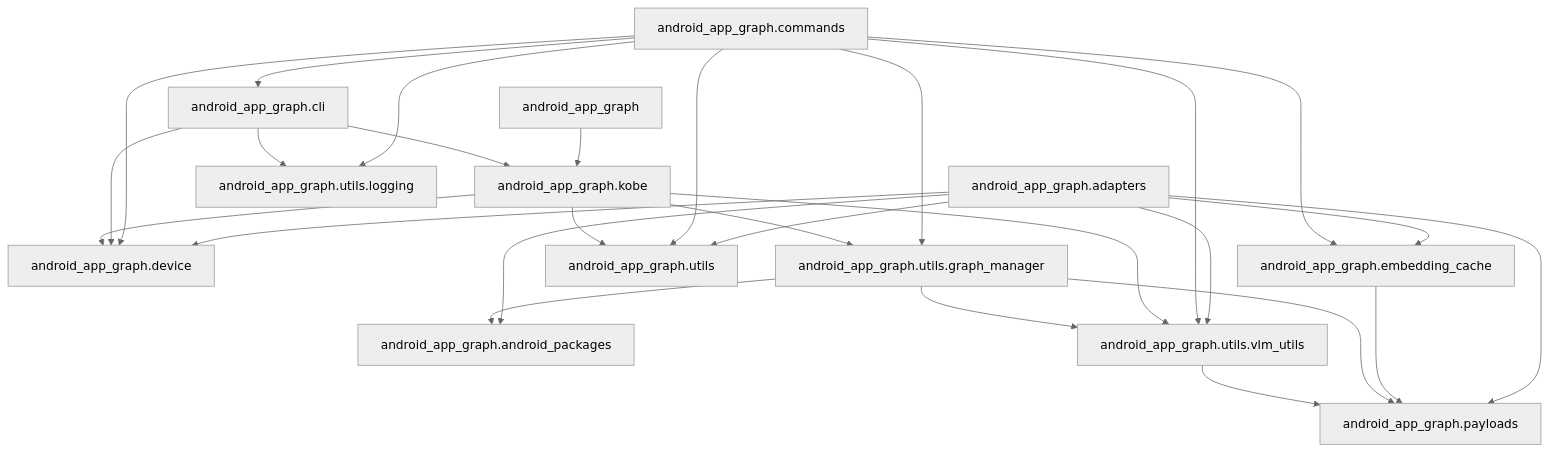
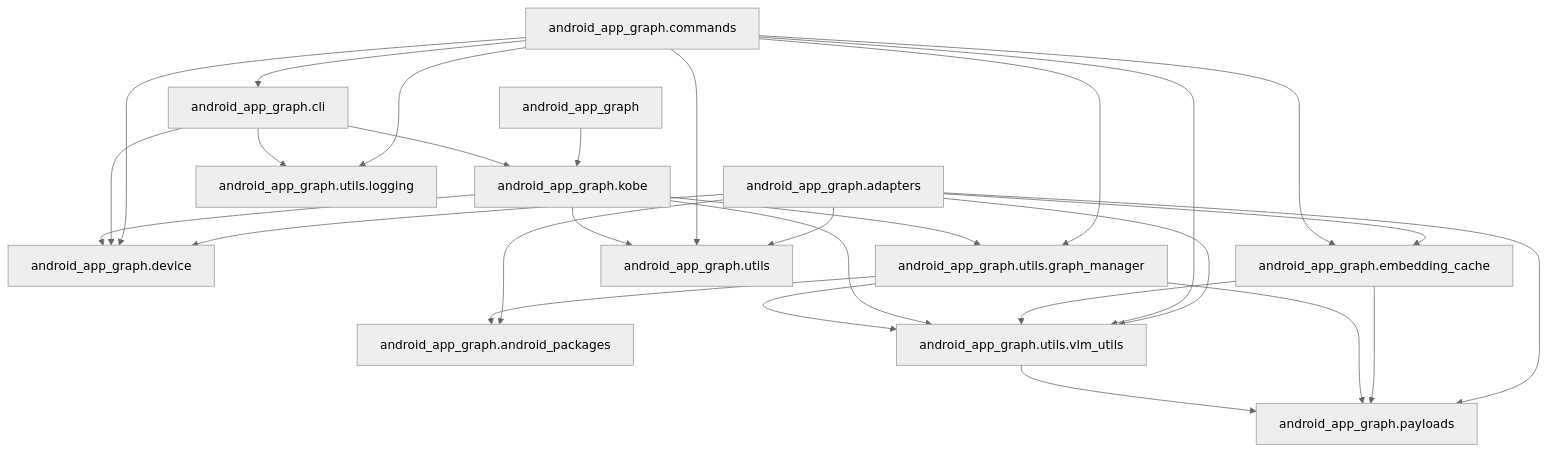
The diagram in README.md (john-agi/Android-App-Graph), drawn with Mermaid (neutral theme) before and after one commit. The commit also changed 7 other files, not shown here.

````diff
--- a/README.md
+++ b/README.md
@@ -67,29 +67,30 @@
 ```mermaid
 graph TD;
     pkg["android_app_graph"] --> kobe["android_app_graph.kobe"];
     adapters["android_app_graph.adapters"] --> pkgs["android_app_graph.android_packages"];
     adapters --> dev["android_app_graph.device"];
     adapters --> ec["android_app_graph.embedding_cache"];
     adapters --> pay["android_app_graph.payloads"];
     adapters --> utils["android_app_graph.utils"];
     adapters --> vlm["android_app_graph.utils.vlm_utils"];
     cmd["android_app_graph.commands"] --> cli["android_app_graph.cli"];
     cmd --> dev;
     cmd --> ec;
     cmd --> utils;
     cmd --> gm["android_app_graph.utils.graph_manager"];
     cmd --> logging["android_app_graph.utils.logging"];
     cmd --> vlm;
     cli --> dev;
     cli --> kobe;
     cli --> logging;
     ec --> pay;
+    ec --> vlm;
     kobe --> dev;
     kobe --> utils;
     kobe --> gm;
     kobe --> vlm;
     gm --> pkgs;
     gm --> pay;
     gm --> vlm;
     vlm --> pay;
 ```
````
